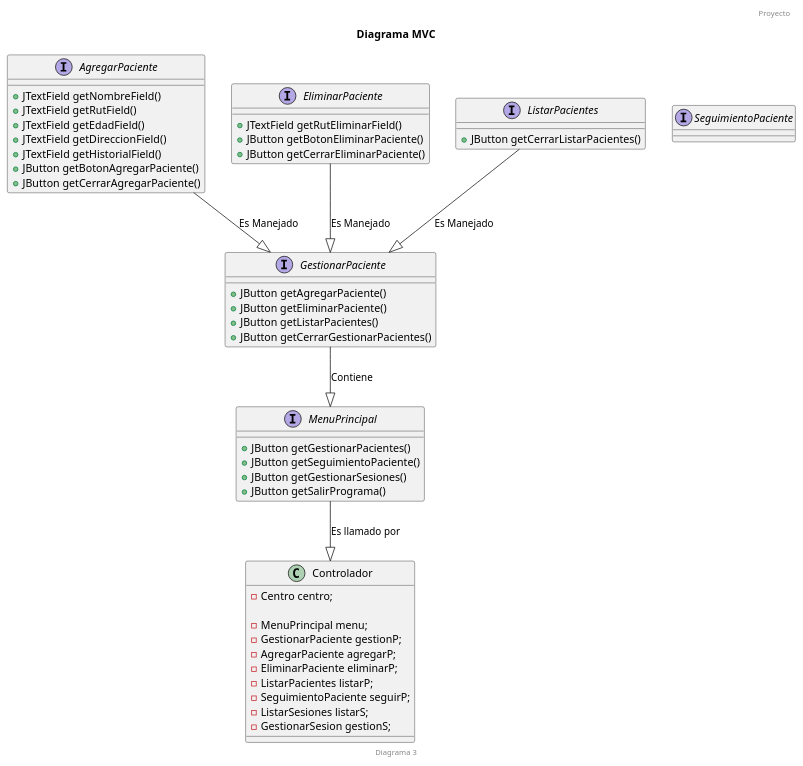
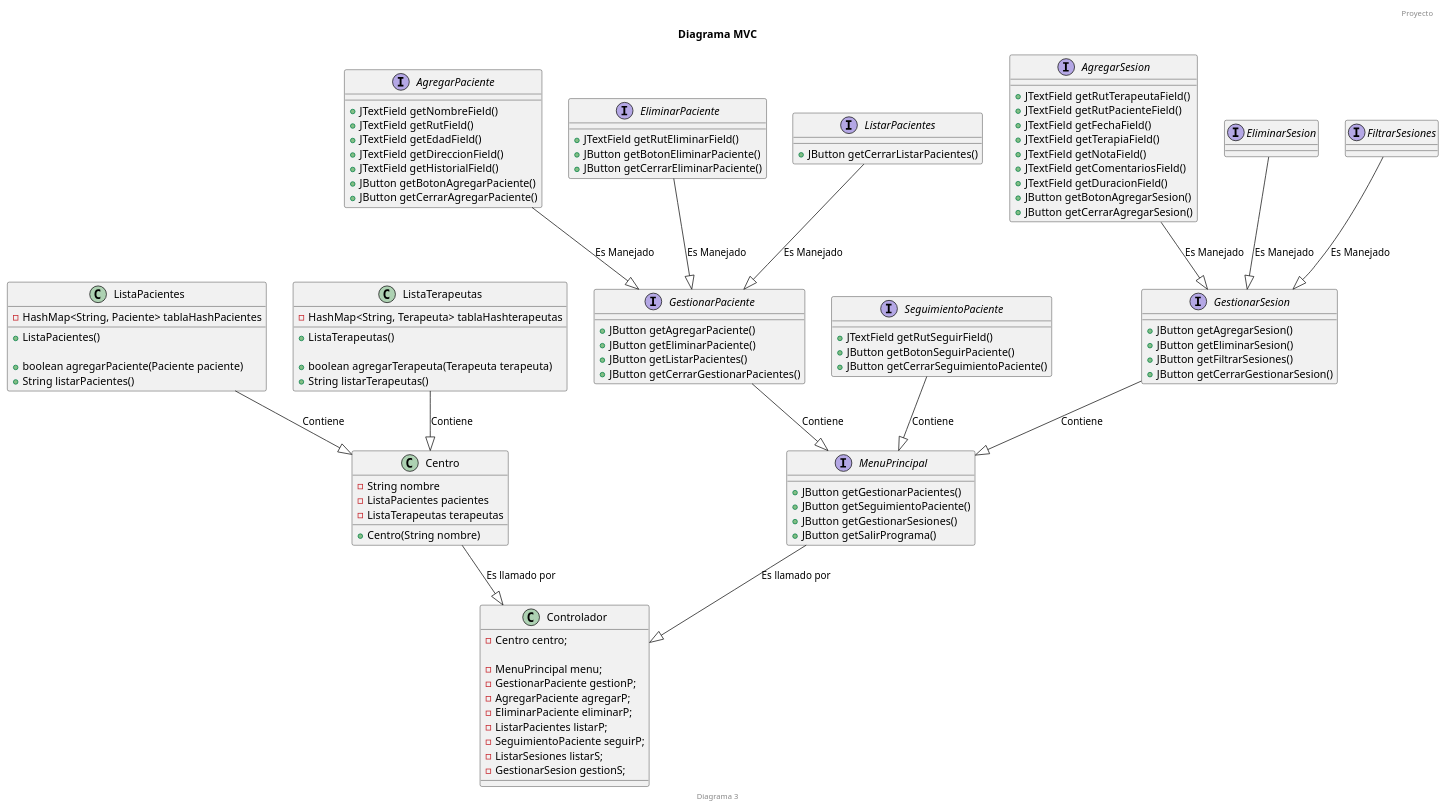
Before and after one commit to Ian-Misael/Proyecto-SIA: the diagram in src/main/java/Diagramas/Diagrama de MVC.puml, drawn with PlantUML.

Commit message:
Sincronización

```diff
--- a/src/main/java/Diagramas/Diagrama de MVC.puml
+++ b/src/main/java/Diagramas/Diagrama de MVC.puml
@@ -1,67 +1,130 @@
 @startuml Programa
 
 title Diagrama MVC
 header Proyecto
 footer Diagrama 3
 
 
 class Controlador {
     - Centro centro;
 
     - MenuPrincipal menu;
     - GestionarPaciente gestionP;
     - AgregarPaciente agregarP;
     - EliminarPaciente eliminarP;
     - ListarPacientes listarP;
     - SeguimientoPaciente seguirP;
     - ListarSesiones listarS;
     - GestionarSesion gestionS;
+}
+
+class Centro {
+    - String nombre
+    - ListaPacientes pacientes
+    - ListaTerapeutas terapeutas
+
+    + Centro(String nombre)
+    
+}
+
+class ListaPacientes {
+    - HashMap<String, Paciente> tablaHashPacientes
+
+    + ListaPacientes()
+
+    + boolean agregarPaciente(Paciente paciente)
+    + String listarPacientes()
+}
+
+class ListaTerapeutas {
+    - HashMap<String, Terapeuta> tablaHashterapeutas
+
+    + ListaTerapeutas()
+
+    + boolean agregarTerapeuta(Terapeuta terapeuta)
+    + String listarTerapeutas()
 }
 
 interface MenuPrincipal {
     + JButton getGestionarPacientes()
     + JButton getSeguimientoPaciente()
     + JButton getGestionarSesiones()
     + JButton getSalirPrograma()
 }
 
 interface GestionarPaciente {
     + JButton getAgregarPaciente()
     + JButton getEliminarPaciente()
     + JButton getListarPacientes()
     + JButton getCerrarGestionarPacientes()
 }
 
 interface AgregarPaciente {
     + JTextField getNombreField()
     + JTextField getRutField()
     + JTextField getEdadField()
     + JTextField getDireccionField()
     + JTextField getHistorialField()
     + JButton getBotonAgregarPaciente()
     + JButton getCerrarAgregarPaciente()
 }
 
 interface EliminarPaciente {
     + JTextField getRutEliminarField()
     + JButton getBotonEliminarPaciente()
     + JButton getCerrarEliminarPaciente()
 }
 
 interface ListarPacientes {
     + JButton getCerrarListarPacientes()
 }
 
 interface SeguimientoPaciente {
+    + JTextField getRutSeguirField()
+    + JButton getBotonSeguirPaciente()
+    + JButton getCerrarSeguimientoPaciente()
+}
+
+interface GestionarSesion {
+    + JButton getAgregarSesion()
+    + JButton getEliminarSesion()
+    + JButton getFiltrarSesiones()
+    + JButton getCerrarGestionarSesion()
+}
+
+interface AgregarSesion {
+    + JTextField getRutTerapeutaField()
+    + JTextField getRutPacienteField()
+    + JTextField getFechaField()
+    + JTextField getTerapiaField()
+    + JTextField getNotaField()
+    + JTextField getComentariosField()
+    + JTextField getDuracionField()
+    + JButton getBotonAgregarSesion()
+    + JButton getCerrarAgregarSesion()
+}
+
+interface EliminarSesion {
 
 }
 
+interface FiltrarSesiones {
+
+}
+
+Centro --|> Controlador : Es llamado por
+ListaPacientes --|> Centro : Contiene
+ListaTerapeutas --|> Centro : Contiene
 
 MenuPrincipal --|> Controlador : Es llamado por
 GestionarPaciente --|> MenuPrincipal : Contiene
 AgregarPaciente --|> GestionarPaciente : Es Manejado
 EliminarPaciente --|> GestionarPaciente : Es Manejado
 ListarPacientes --|> GestionarPaciente : Es Manejado
-
+SeguimientoPaciente --|> MenuPrincipal : Contiene
+GestionarSesion --|> MenuPrincipal : Contiene
+AgregarSesion --|> GestionarSesion : Es Manejado
+EliminarSesion --|> GestionarSesion : Es Manejado
+FiltrarSesiones --|> GestionarSesion : Es Manejado
 
 @enduml
```
